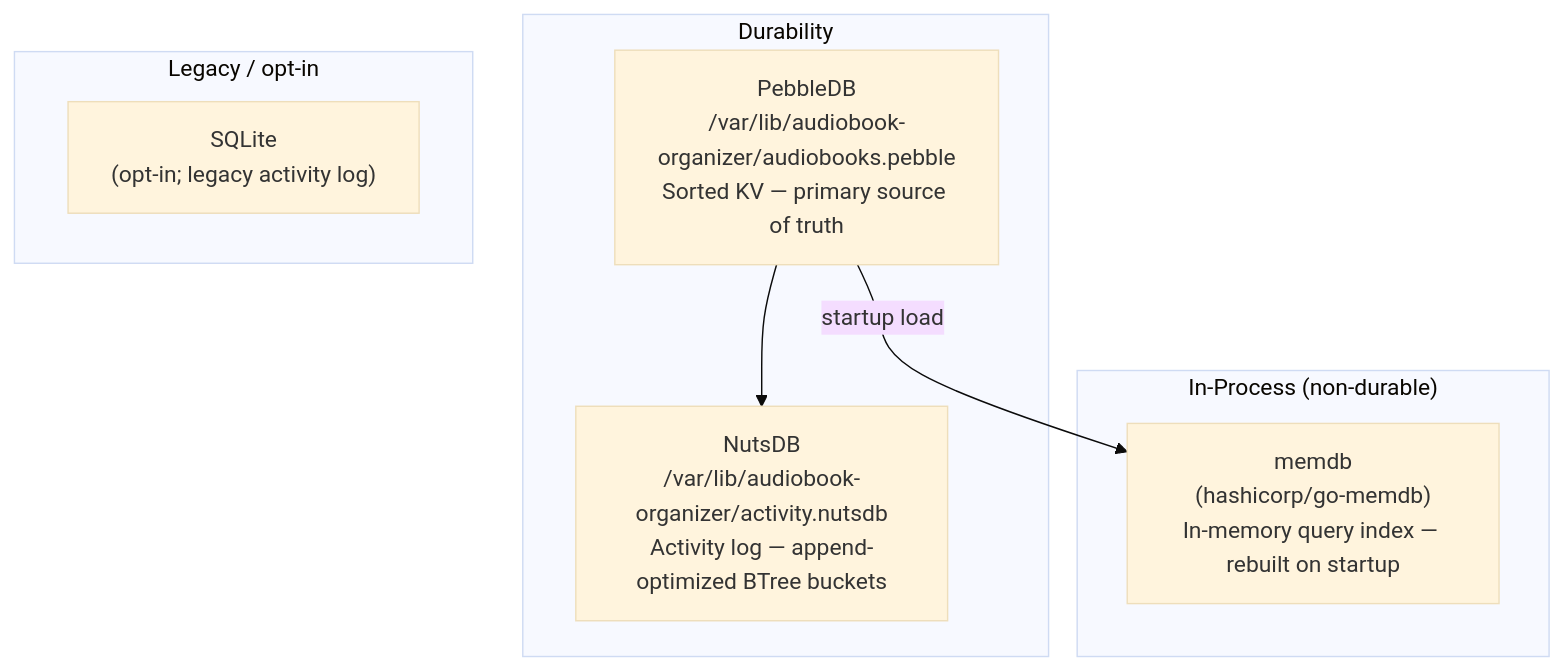
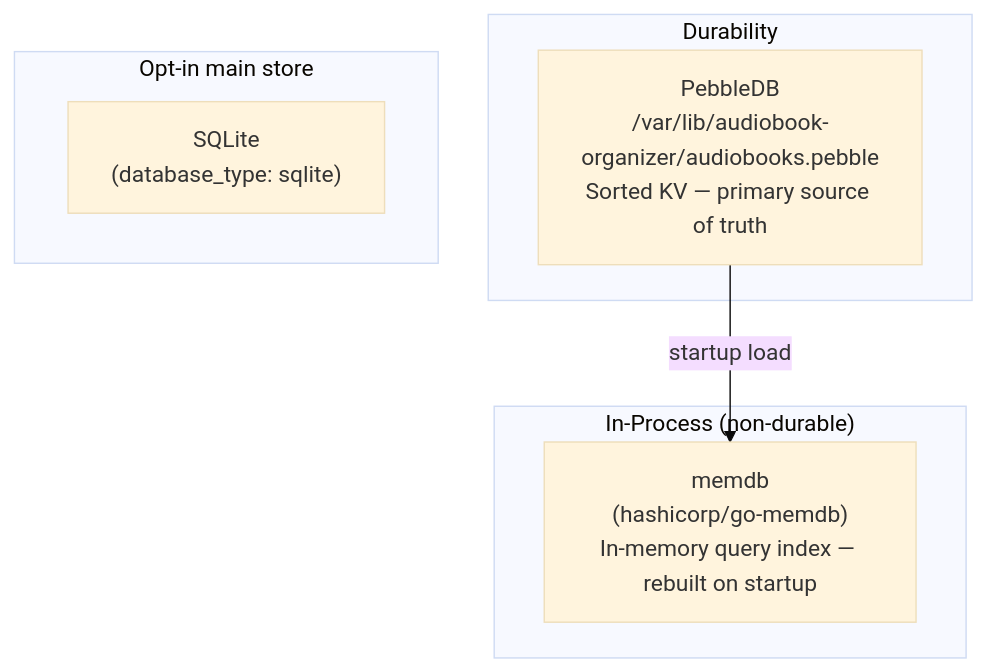
One commit to falkcorp/audiobook-organizer changed the first of 2 diagrams in docs/system/storage.md. Above: the diagram before and after it, drawn with Mermaid (base theme). The commit also changed other lines of this file and 5 other files, not shown here.

First line of the commit message:
docs(system): describe the activity log as Pebble-only

````diff
--- a/docs/system/storage.md
+++ b/docs/system/storage.md
@@ -12,16 +12,14 @@
 ```mermaid
 graph TD
     subgraph "Durability"
         Pebble["PebbleDB\n/var/lib/audiobook-organizer/audiobooks.pebble\nSorted KV — primary source of truth"]
-        NutsDB["NutsDB\n/var/lib/audiobook-organizer/activity.nutsdb\nActivity log — append-optimized BTree buckets"]
     end
     subgraph "In-Process (non-durable)"
         MemDB["memdb\n(hashicorp/go-memdb)\nIn-memory query index — rebuilt on startup"]
     end
-    subgraph "Legacy / opt-in"
-        SQLite["SQLite\n(opt-in; legacy activity log)"]
+    subgraph "Opt-in main store"
+        SQLite["SQLite\n(database_type: sqlite)"]
     end
 
     Pebble -->|"startup load"| MemDB
-    Pebble --> NutsDB
 ```
````
